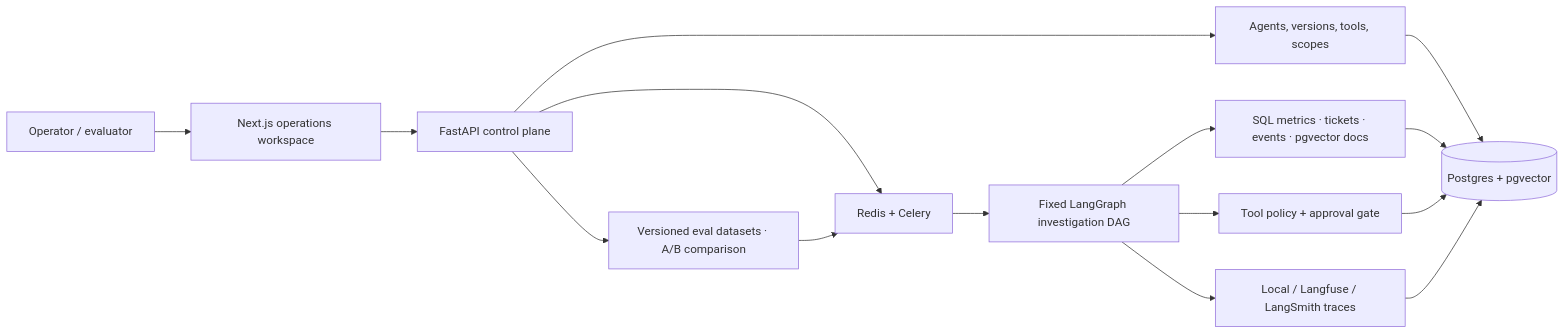
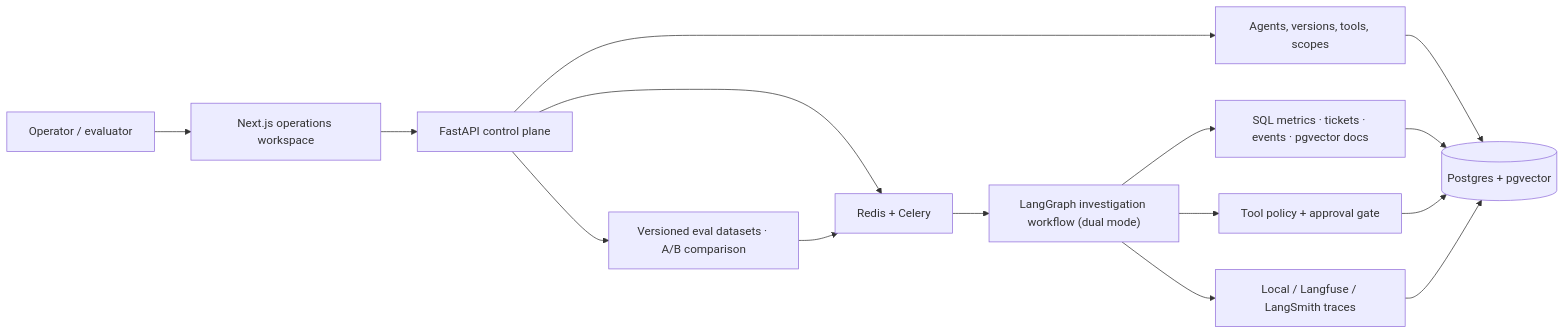
One commit to leihuang23/Ledger changed the diagram in README.md. Above: the diagram before and after it, drawn with Mermaid. The commit also changed other lines of this file and 14 other files, not shown here.

````diff
--- a/README.md
+++ b/README.md
@@ -45,17 +45,17 @@
 ```mermaid
 flowchart LR
     operator["Operator / evaluator"] --> web["Next.js operations workspace"]
     web --> api["FastAPI control plane"]
     api --> registry["Agents, versions, tools, scopes"]
     api --> queue["Redis + Celery"]
-    queue --> workflow["Fixed LangGraph investigation DAG"]
+    queue --> workflow["LangGraph investigation workflow (dual mode)"]
     workflow --> evidence["SQL metrics · tickets · events · pgvector docs"]
     workflow --> safety["Tool policy + approval gate"]
     workflow --> traces["Local / Langfuse / LangSmith traces"]
     registry --> postgres[("Postgres + pgvector")]
     evidence --> postgres
     safety --> postgres
     traces --> postgres
     api --> evals["Versioned eval datasets · A/B comparison"]
     evals --> queue
 ```
````
